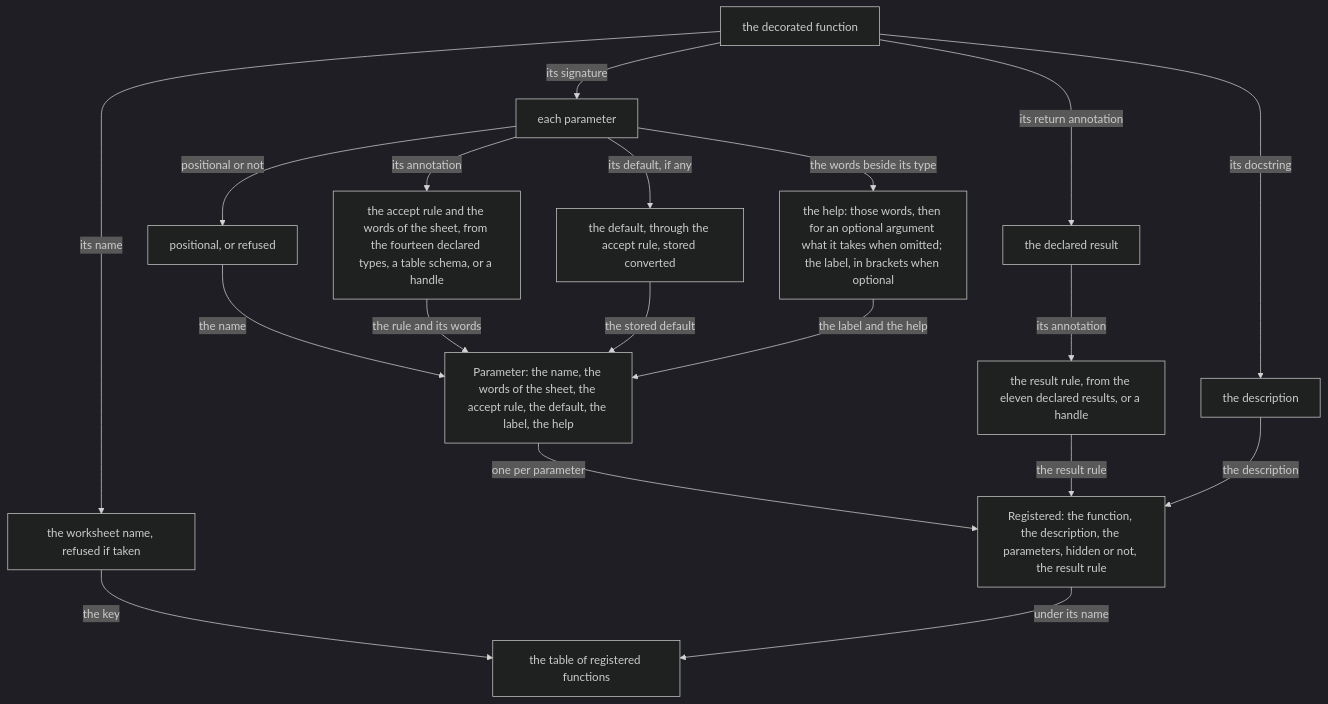
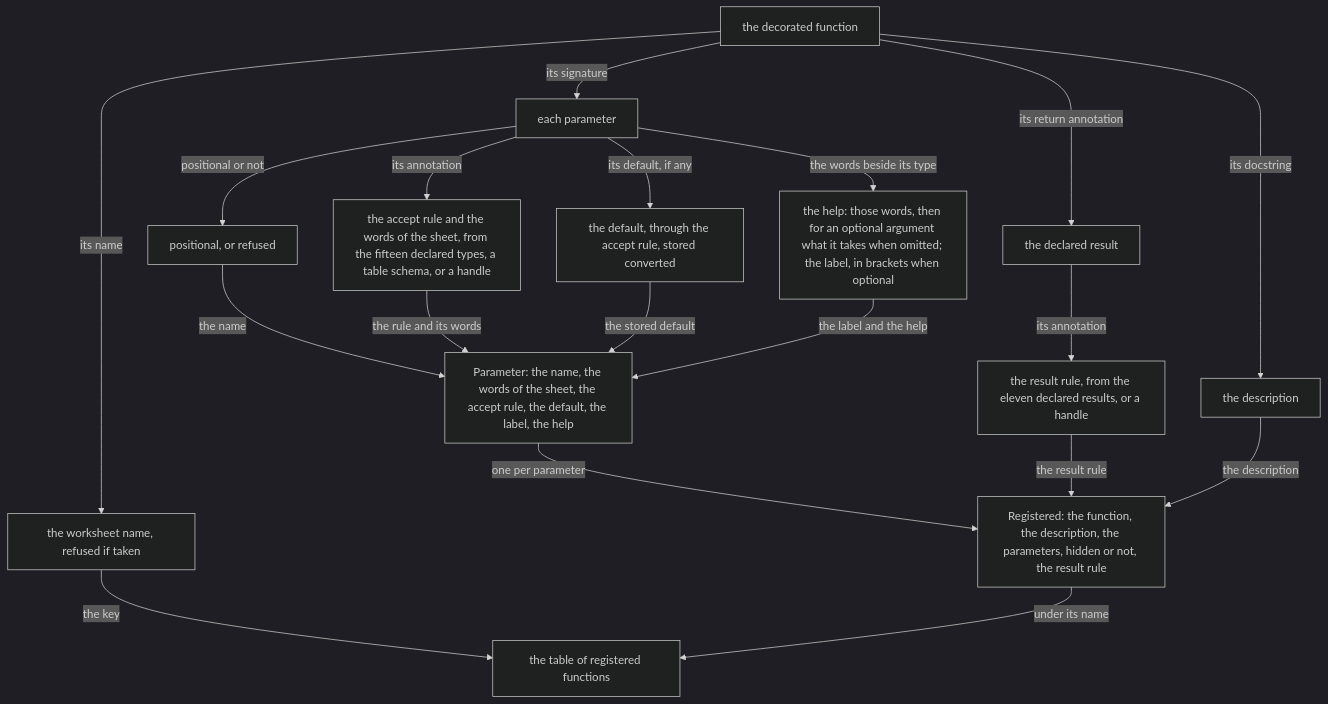
Before and after one commit to gobbles404/catalyst: the first of 3 diagrams in docs/seam/bridge.md, drawn with Mermaid (dark theme). The commit also changed other lines of this file and 10 other files, not shown here.

````diff
--- a/docs/seam/bridge.md
+++ b/docs/seam/bridge.md
@@ -58,21 +58,21 @@
 ```mermaid
 flowchart TD
   Fn["the decorated function"] -->|"its name"| Name["the worksheet name, refused if taken"]
   Fn -->|"its signature"| Param["each parameter"]
   Fn -->|"its return annotation"| Result["the declared result"]
   Fn -->|"its docstring"| Desc["the description"]
   Param -->|"positional or not"| Positional["positional, or refused"]
-  Param -->|"its annotation"| Accept["the accept rule and the words of the sheet, from the fourteen declared types, a table schema, or a handle"]
+  Param -->|"its annotation"| Accept["the accept rule and the words of the sheet, from the fifteen declared types, a table schema, or a handle"]
   Param -->|"its default, if any"| Default["the default, through the accept rule, stored converted"]
   Param -->|"the words beside its type"| Help["the help: those words, then for an optional argument what it takes when omitted; the label, in brackets when optional"]
   Result -->|"its annotation"| Convert["the result rule, from the eleven declared results, or a handle"]
   Positional -->|"the name"| Parameter["Parameter: the name, the words of the sheet, the accept rule, the default, the label, the help"]
   Accept -->|"the rule and its words"| Parameter
   Default -->|"the stored default"| Parameter
   Help -->|"the label and the help"| Parameter
   Parameter -->|"one per parameter"| Registered["Registered: the function, the description, the parameters, hidden or not, the result rule"]
   Convert -->|"the result rule"| Registered
   Desc -->|"the description"| Registered
   Name -->|"the key"| Table["the table of registered functions"]
   Registered -->|"under its name"| Table
 ```
````
